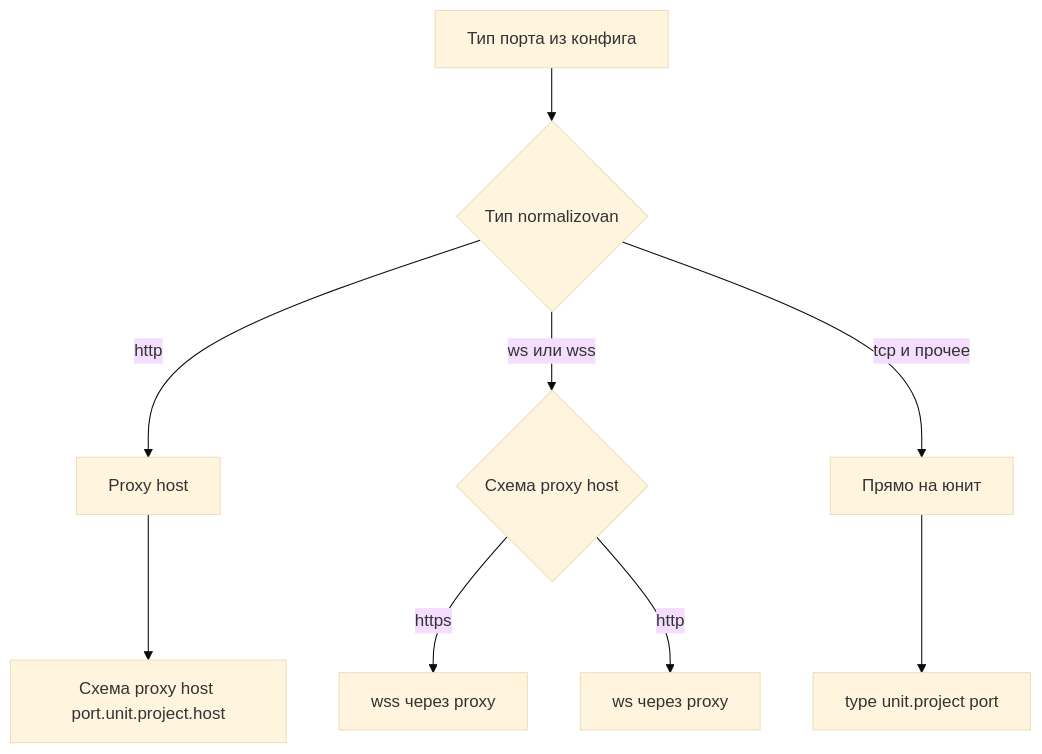
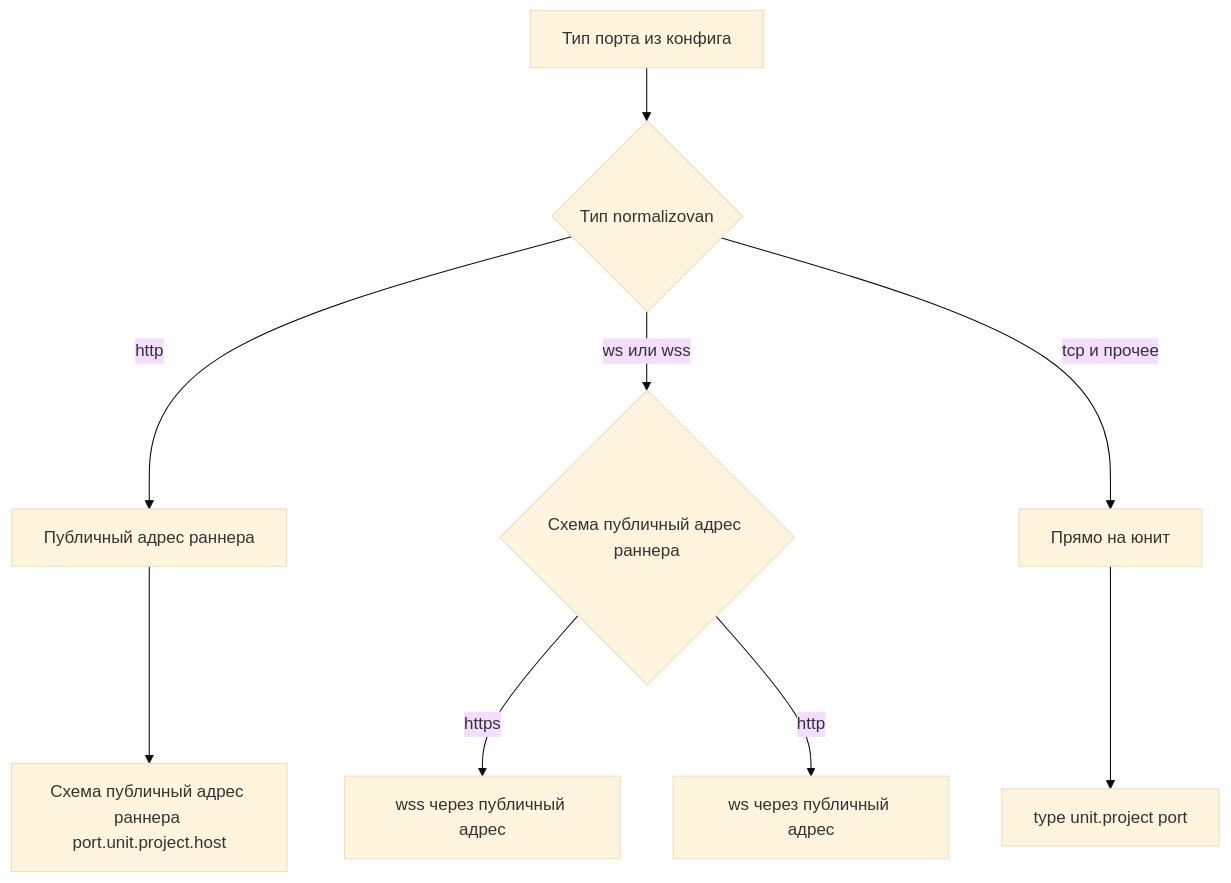
The diagram in plans/unit-ws-links-and-compact-link-labels.md (asdozzz/unitman), drawn with Mermaid (base theme) before and after one commit. The commit also changed other lines of this file and 278 other files, not shown here.

````diff
--- a/plans/unit-ws-links-and-compact-link-labels.md
+++ b/plans/unit-ws-links-and-compact-link-labels.md
@@ -28,11 +28,11 @@
 ```mermaid
 flowchart TD
   A[Тип порта из конфига] --> B{Тип normalizovan}
-  B -->|http| C[Proxy host]
-  B -->|ws или wss| D{Схема proxy host}
+  B -->|http| C[Публичный адрес раннера]
+  B -->|ws или wss| D{Схема публичный адрес раннера}
   B -->|tcp и прочее| E[Прямо на юнит]
-  D -->|https| F[wss через proxy]
-  D -->|http| G[ws через proxy]
-  C --> H[Схема proxy host port.unit.project.host]
+  D -->|https| F[wss через публичный адрес]
+  D -->|http| G[ws через публичный адрес]
+  C --> H[Схема публичный адрес раннера port.unit.project.host]
   E --> I[type unit.project port]
 ```
````
